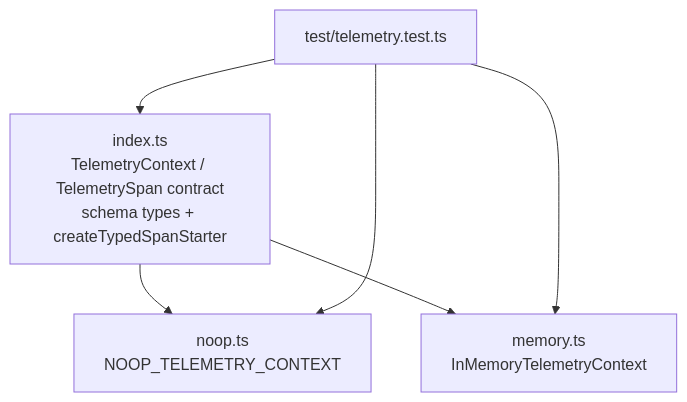
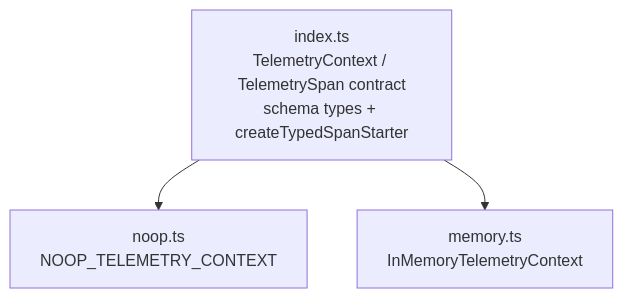
One commit to dgxRL/pi changed the diagram in reduced/telemetry/doc/src-overview.md. Above: the diagram before and after it, drawn with Mermaid. The commit also changed other lines of this file and 21 other files, not shown here.

````diff
--- a/reduced/telemetry/doc/src-overview.md
+++ b/reduced/telemetry/doc/src-overview.md
@@ -7,8 +7,5 @@
 ```mermaid
 flowchart TD
     I["index.ts<br/>TelemetryContext / TelemetrySpan contract<br/>schema types + createTypedSpanStarter"] --> N["noop.ts<br/>NOOP_TELEMETRY_CONTEXT"]
     I --> M["memory.ts<br/>InMemoryTelemetryContext"]
-    T["test/telemetry.test.ts"] --> I
-    T --> N
-    T --> M
 ```
````
